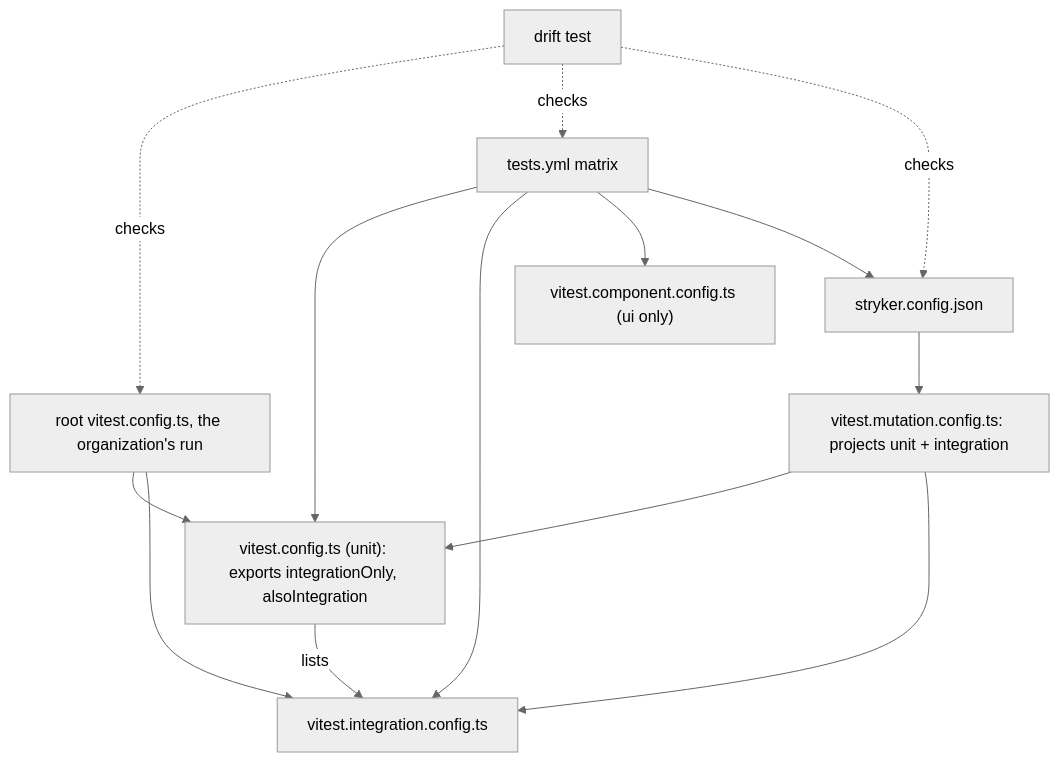
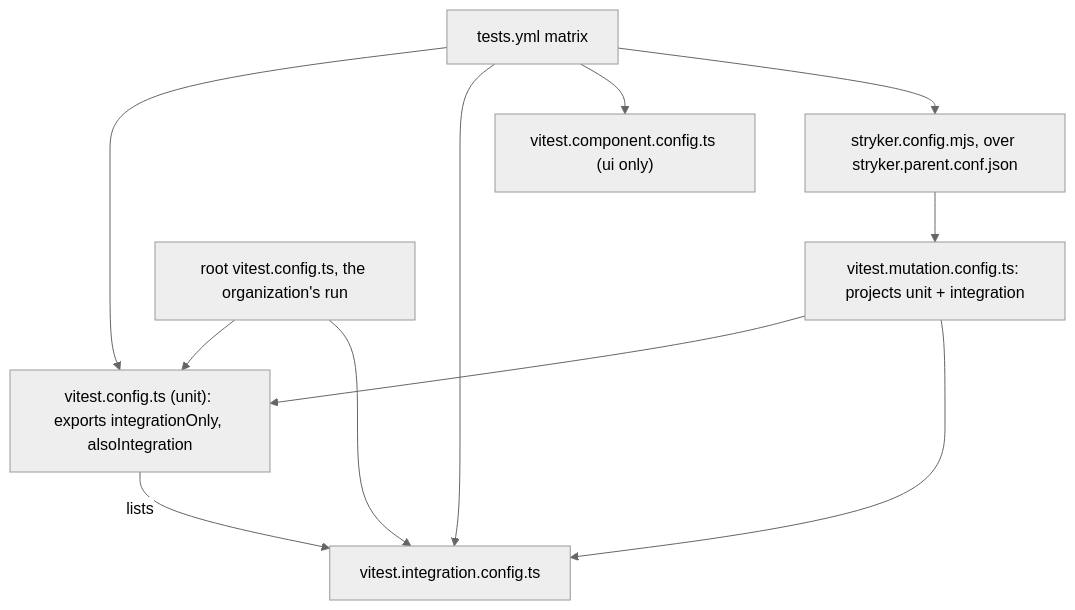
The first of 2 diagrams in .compound-engineering/artifacts/plans/2026-10-21-1259-feat-test-levels-and-coverage-gate-plan.md (thatsnotmynameio/sextou), drawn with Mermaid (neutral theme) before and after one commit. The commit also changed other lines of this file and 1 other file, not shown here.

First line of the commit message:
docs: describe mutation testing as Stryker judges it

````diff
--- a/.compound-engineering/artifacts/plans/2026-10-21-1259-feat-test-levels-and-coverage-gate-plan.md
+++ b/.compound-engineering/artifacts/plans/2026-10-21-1259-feat-test-levels-and-coverage-gate-plan.md
@@ -238,24 +239,20 @@
 ```mermaid
 flowchart TB
   U["vitest.config.ts (unit): exports integrationOnly, alsoIntegration"]
   I["vitest.integration.config.ts"]
   C["vitest.component.config.ts (ui only)"]
   M["vitest.mutation.config.ts: projects unit + integration"]
-  S["stryker.config.json"]
+  S["stryker.config.mjs, over stryker.parent.conf.json"]
   R["root vitest.config.ts, the organization's run"]
   W["tests.yml matrix"]
-  D["drift test"]
   U -->|lists| I
   M --> U
   M --> I
   S --> M
   R --> U
   R --> I
   W --> U
   W --> I
   W --> C
   W --> S
-  D -.checks.-> R
-  D -.checks.-> W
-  D -.checks.-> S
 ```
````
